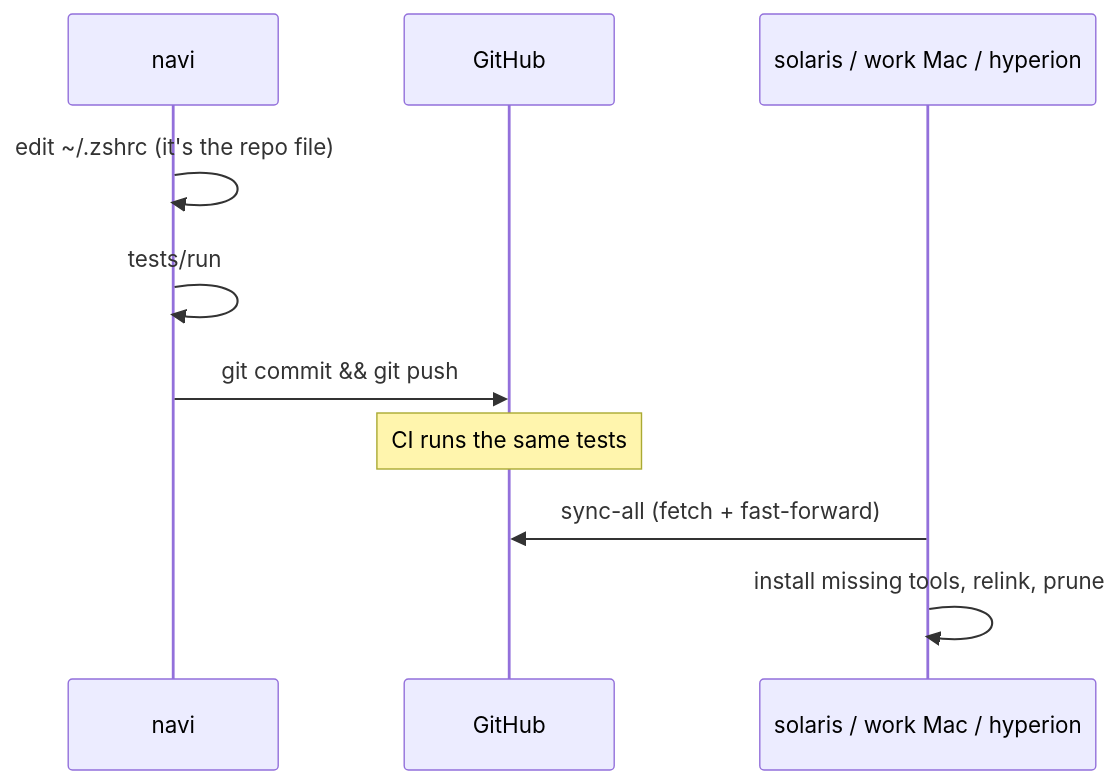
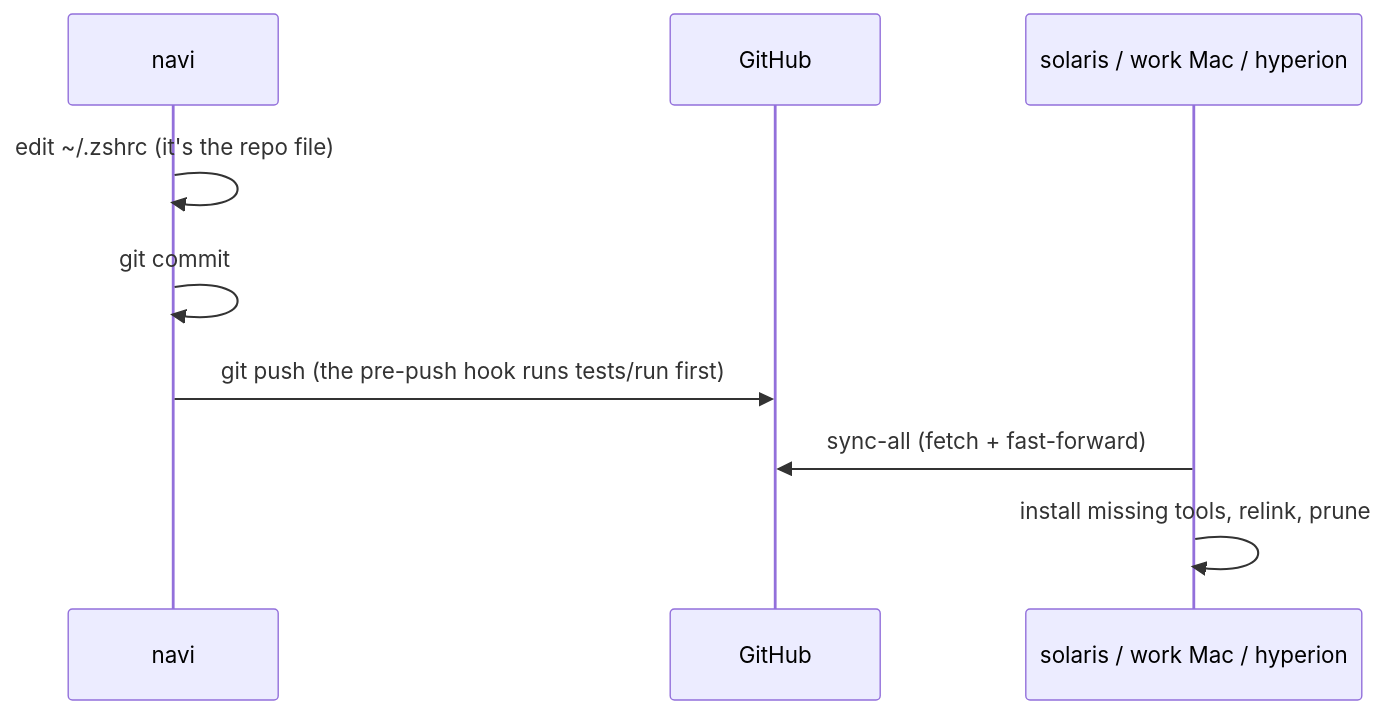
One commit to masonmem/dotfiles changed the diagram in docs/concepts/how-it-works.md. Above: the diagram before and after it, drawn with Mermaid. The commit also changed 17 other files, not shown here.

First line of the commit message:
chore: drop GitHub Actions; run checks in a local pre-push hook, build docs locally

````diff
--- a/docs/concepts/how-it-works.md
+++ b/docs/concepts/how-it-works.md
@@ -51,12 +51,11 @@
 ```mermaid
 sequenceDiagram
   participant A as navi
   participant G as GitHub
   participant B as solaris / work Mac / hyperion
   A->>A: edit ~/.zshrc (it's the repo file)
-  A->>A: tests/run
-  A->>G: git commit && git push
-  Note over G: CI runs the same tests
+  A->>A: git commit
+  A->>G: git push (the pre-push hook runs tests/run first)
   B->>G: sync-all (fetch + fast-forward)
   B->>B: install missing tools, relink, prune
 ```
````
